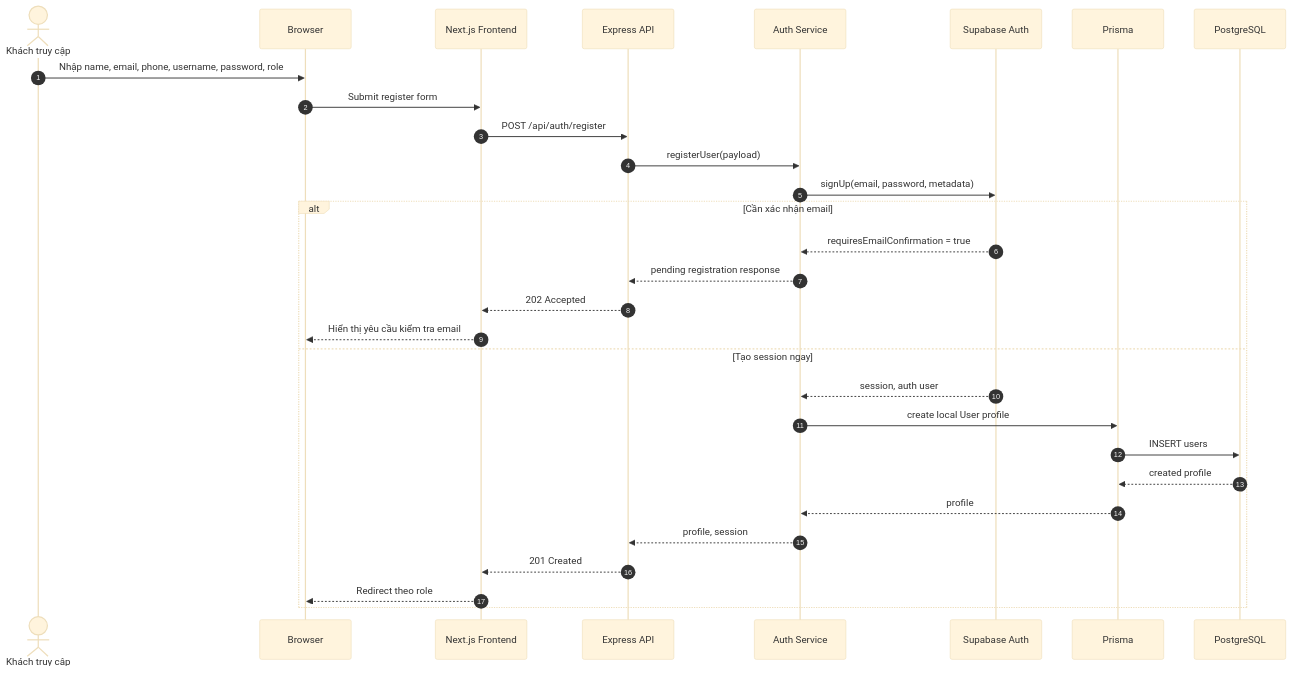
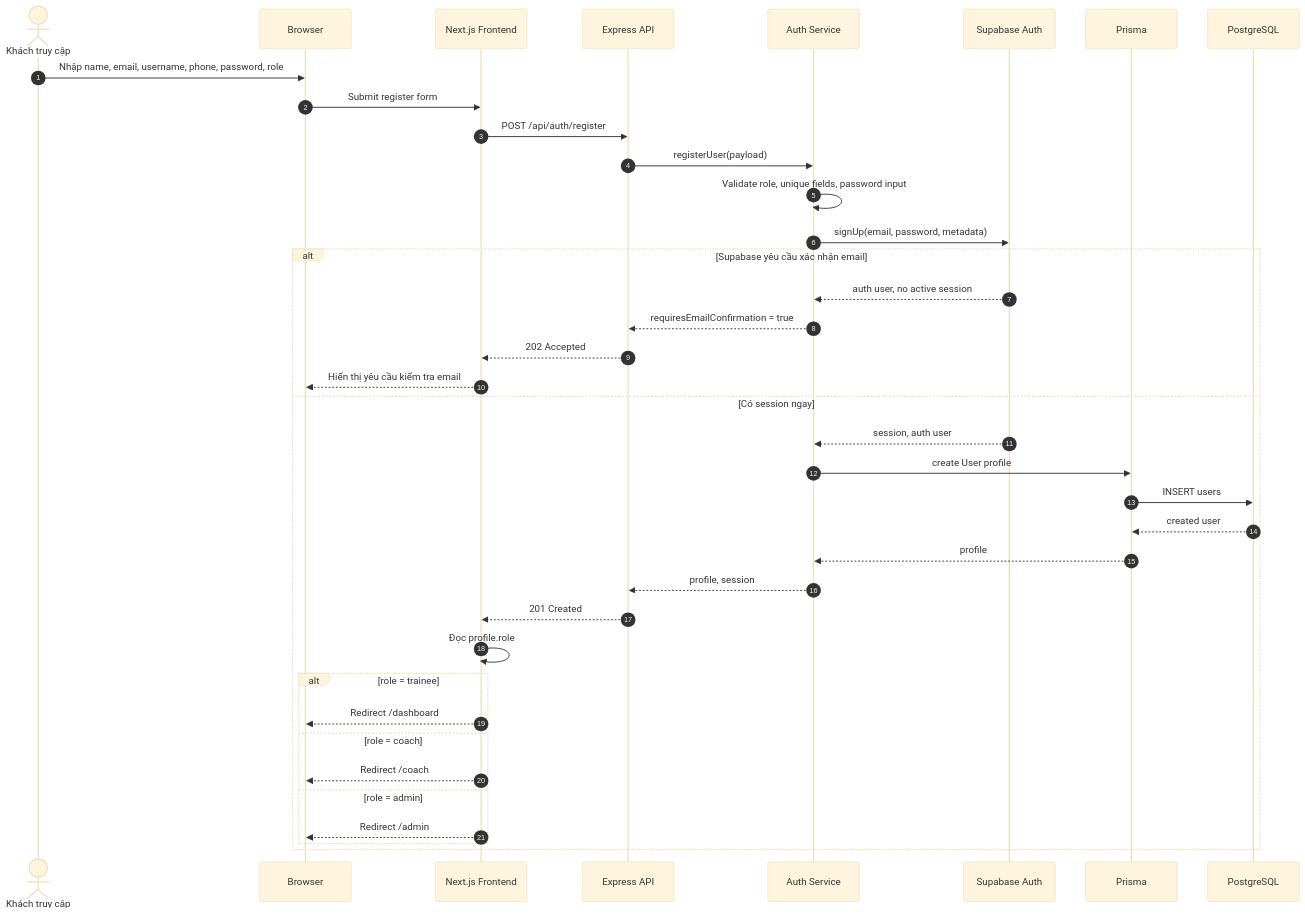
The first of 6 diagrams in docs/sequence-diagrams.md (hominhduc-dev/fitness-tracking-webapp), drawn with Mermaid (base theme) before and after one commit. The commit also changed other lines of this file and 4 other files, not shown here.

Commit message:
docs(diagrams): align analysis docs to six use cases

````diff
--- a/docs/sequence-diagrams.md
+++ b/docs/sequence-diagrams.md
@@ -56,33 +19,41 @@
 ```mermaid
 sequenceDiagram
   autonumber
   actor Visitor as Khách truy cập
   participant Browser as Browser
   participant Next as Next.js Frontend
   participant API as Express API
   participant AuthService as Auth Service
   participant SupabaseAuth as Supabase Auth
   participant Prisma as Prisma
   participant DB as PostgreSQL
 
-  Visitor->>Browser: Nhập name, email, phone, username, password, role
+  Visitor->>Browser: Nhập name, email, username, phone, password, role
   Browser->>Next: Submit register form
   Next->>API: POST /api/auth/register
   API->>AuthService: registerUser(payload)
+  AuthService->>AuthService: Validate role, unique fields, password input
   AuthService->>SupabaseAuth: signUp(email, password, metadata)
-  alt Cần xác nhận email
-    SupabaseAuth-->>AuthService: requiresEmailConfirmation = true
-    AuthService-->>API: pending registration response
+  alt Supabase yêu cầu xác nhận email
+    SupabaseAuth-->>AuthService: auth user, no active session
+    AuthService-->>API: requiresEmailConfirmation = true
     API-->>Next: 202 Accepted
     Next-->>Browser: Hiển thị yêu cầu kiểm tra email
-  else Tạo session ngay
+  else Có session ngay
     SupabaseAuth-->>AuthService: session, auth user
-    AuthService->>Prisma: create local User profile
+    AuthService->>Prisma: create User profile
     Prisma->>DB: INSERT users
-    DB-->>Prisma: created profile
+    DB-->>Prisma: created user
     Prisma-->>AuthService: profile
     AuthService-->>API: profile, session
     API-->>Next: 201 Created
-    Next-->>Browser: Redirect theo role
+    Next->>Next: Đọc profile.role
+    alt role = trainee
+      Next-->>Browser: Redirect /dashboard
+    else role = coach
+      Next-->>Browser: Redirect /coach
+    else role = admin
+      Next-->>Browser: Redirect /admin
+    end
   end
 ```
````
